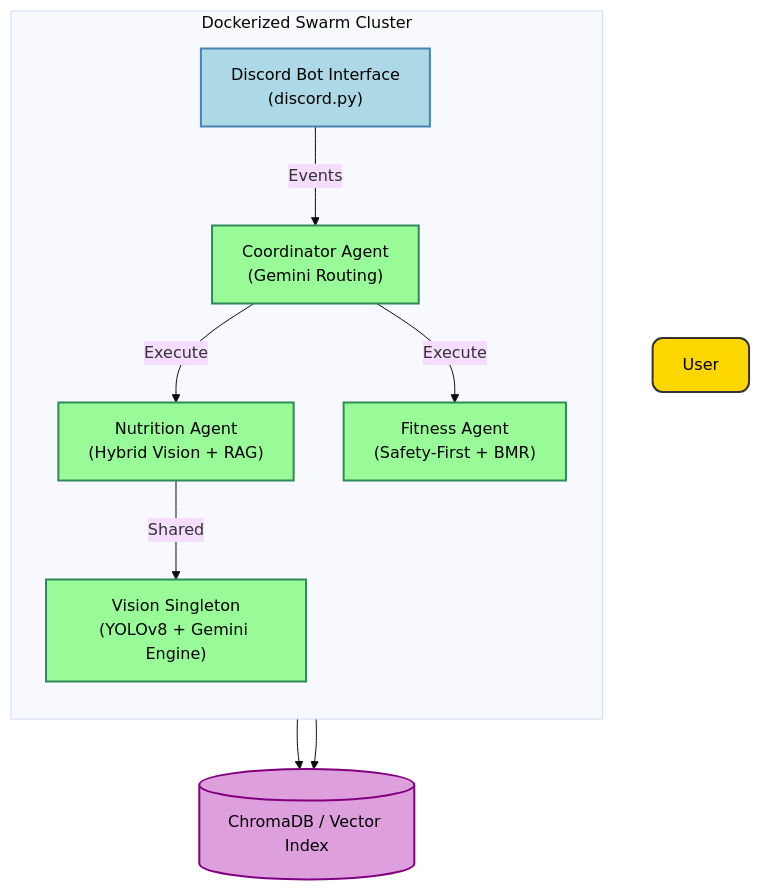
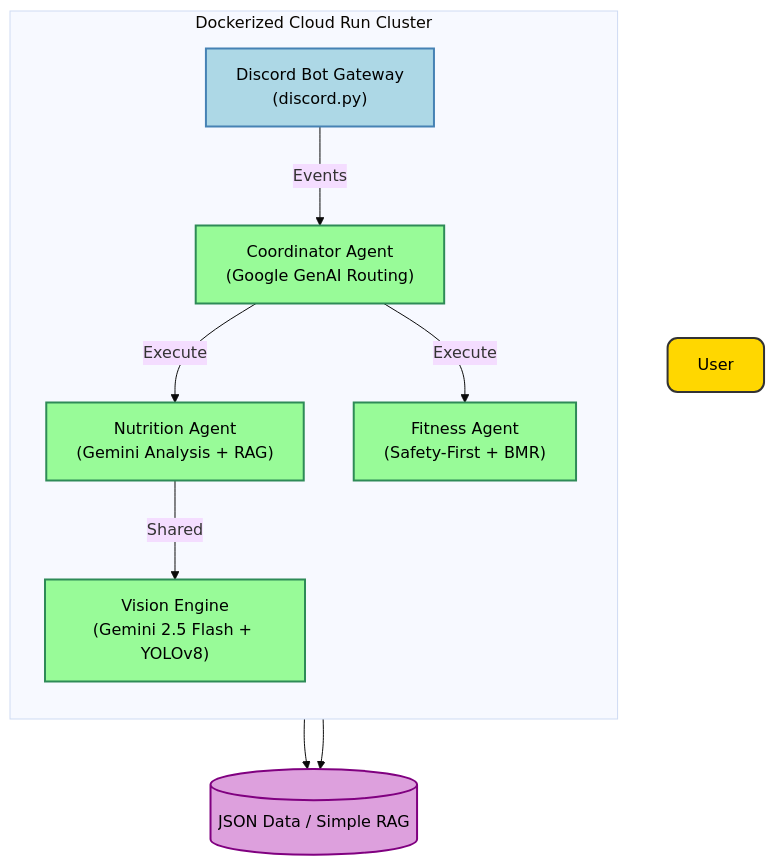
Before and after one commit to kevinhust/capstonetest: the second of 2 diagrams in docs/project-design/L2-Application-Architecture.md, drawn with Mermaid (base theme). The commit also changed other lines of this file and 341 other files, not shown here.

````diff
--- a/docs/project-design/L2-Application-Architecture.md
+++ b/docs/project-design/L2-Application-Architecture.md
@@ -38,28 +38,28 @@
 ```mermaid
 graph TB
     %% Styles
     classDef user fill:#FFD700,stroke:#333,stroke-width:2px,color:black,rx:10,ry:10;
     classDef ui fill:#ADD8E6,stroke:#4682B4,stroke-width:2px,color:black;
     classDef logic fill:#98FB98,stroke:#2E8B57,stroke-width:2px,color:black;
     classDef db fill:#DDA0DD,stroke:#800080,stroke-width:2px,color:black,shape:cylinder;
 
     User[User]:::user
     
-    subgraph "Dockerized Swarm Cluster"
+    subgraph "Dockerized Cloud Run Cluster"
         direction TB
-        UI["Discord Bot Interface<br/>(discord.py)"]:::ui
-        Coord["Coordinator Agent<br/>(Gemini Routing)"]:::logic
-        Vision["Vision Singleton<br/>(YOLOv8 + Gemini Engine)"]:::logic
-        NutSvc["Nutrition Agent<br/>(Hybrid Vision + RAG)"]:::logic
+        UI["Discord Bot Gateway<br/>(discord.py)"]:::ui
+        Coord["Coordinator Agent<br/>(Google GenAI Routing)"]:::logic
+        Vision["Vision Engine<br/>(Gemini 2.5 Flash + YOLOv8)"]:::logic
+        NutSvc["Nutrition Agent<br/>(Gemini Analysis + RAG)"]:::logic
         FitSvc["Fitness Agent<br/>(Safety-First + BMR)"]:::logic
         
         UI -->|Events| Coord
         Coord -->|Execute| NutSvc
         Coord -->|Execute| FitSvc
         NutSvc -->|Shared| Vision
     end
     
-    VDB[("ChromaDB / Vector Index")]:::db
+    VDB[("JSON Data / Simple RAG")]:::db
     NutSvc --> VDB
     FitSvc --> VDB
 ```
````
